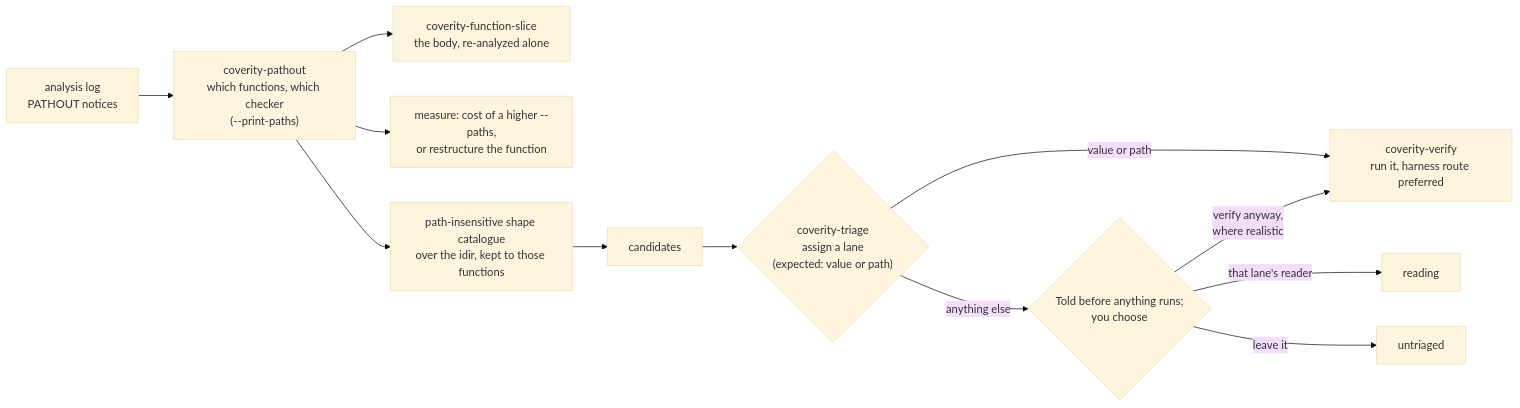
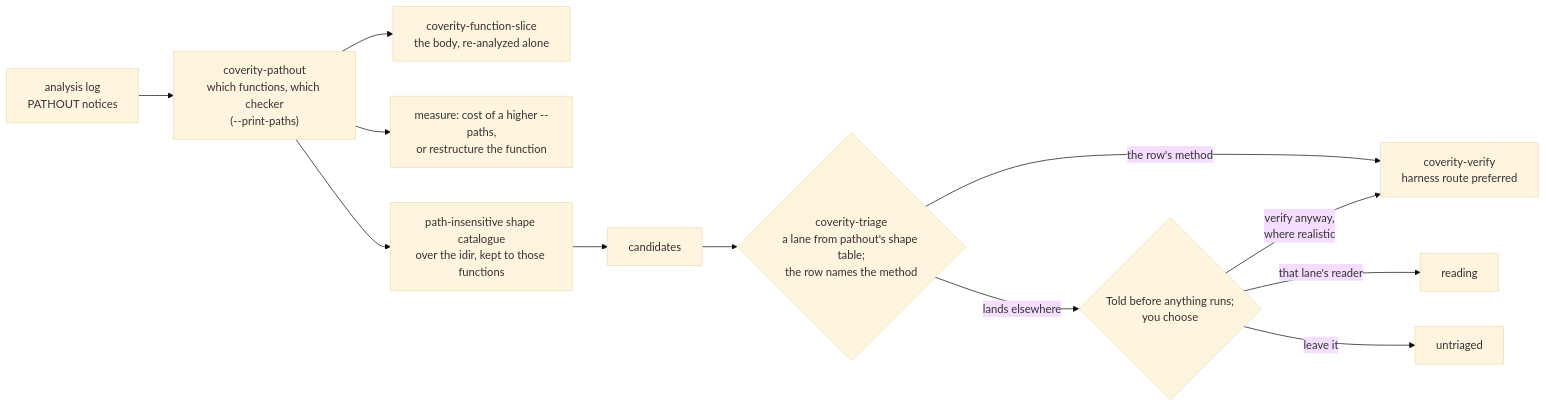
Before and after one commit to edtice-goog/CoveritySkills: the fifth of 7 diagrams in USE-CASES.md, drawn with Mermaid (base theme). The commit also changed other lines of this file, not shown here.

First line of the commit message:
USE-CASES: pathout's candidates reach verify through its own shape table

````diff
--- a/USE-CASES.md
+++ b/USE-CASES.md
@@ -183,14 +183,14 @@
 ```mermaid
 flowchart LR
     L["analysis log<br/>PATHOUT notices"] --> W["coverity-pathout<br/>which functions, which checker<br/>(--print-paths)"]
     W --> FS["coverity-function-slice<br/>the body, re-analyzed alone"]
     W --> M["measure: cost of a higher --paths,<br/>or restructure the function"]
     W --> SC["path-insensitive shape catalogue<br/>over the idir, kept to those functions"]
     SC --> C["candidates"]
-    C --> A{"coverity-triage<br/>assign a lane<br/>(expected: value or path)"}
-    A -->|"value or path"| VE["coverity-verify<br/>run it, harness route preferred"]
-    A -->|"anything else"| Q{"Told before anything runs;<br/>you choose"}
+    C --> A{"coverity-triage<br/>a lane from pathout's shape table;<br/>the row names the method"}
+    A -->|"the row's method"| VE["coverity-verify<br/>harness route preferred"]
+    A -->|"lands elsewhere"| Q{"Told before anything runs;<br/>you choose"}
     Q -->|"verify anyway,<br/>where realistic"| VE
     Q -->|"that lane's reader"| RD["reading"]
     Q -->|"leave it"| SK["untriaged"]
 ```
````
